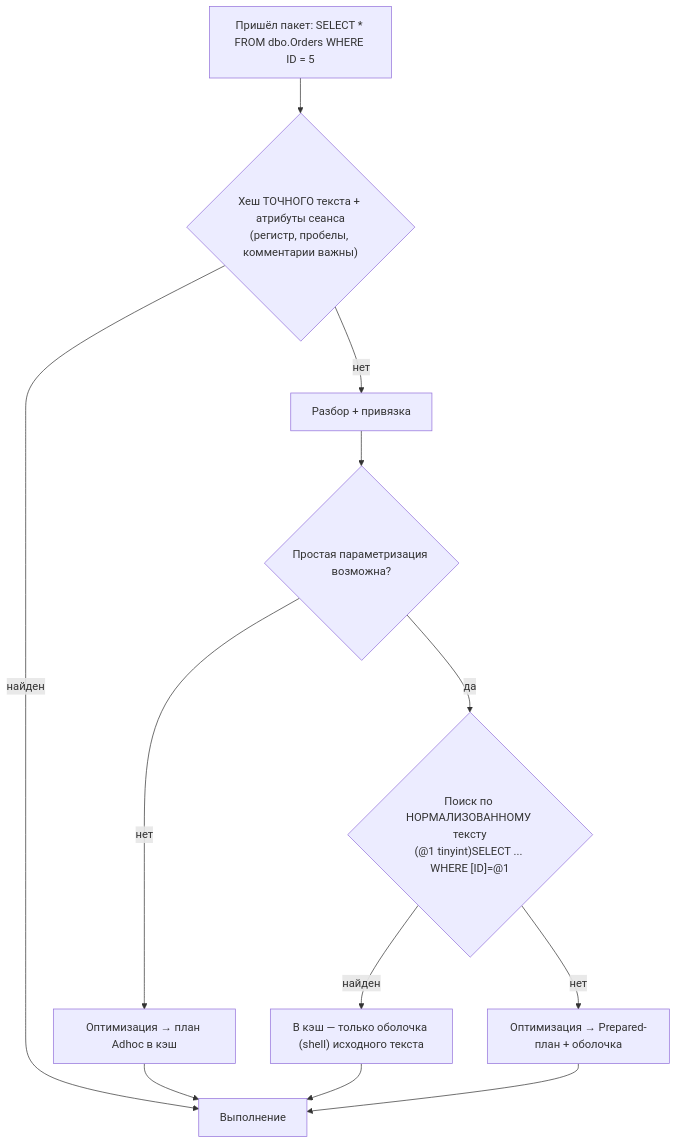
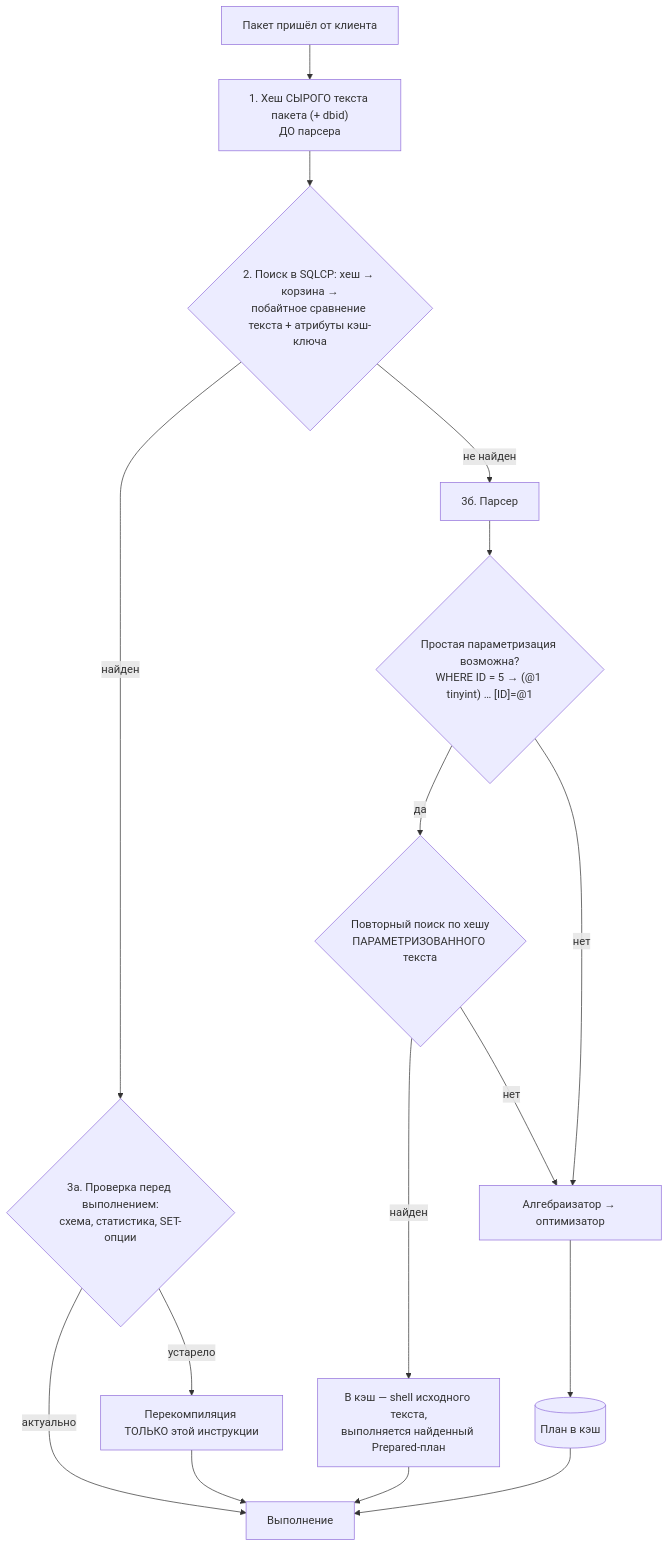
One commit to shultzMAN87/sql-optimization-handbook changed the third of 3 diagrams in docs/02-query-pipeline.md. Above: the diagram before and after it, drawn with Mermaid. The commit also changed other lines of this file and 2 other files, not shown here.

````diff
--- a/docs/02-query-pipeline.md
+++ b/docs/02-query-pipeline.md
@@ -171,11 +191,15 @@
 ```mermaid
 flowchart TD
-    A["Пришёл пакет: SELECT * FROM dbo.Orders WHERE ID = 5"] --> B{"Хеш ТОЧНОГО текста + атрибуты сеанса<br/>(регистр, пробелы, комментарии важны)"}
-    B -- найден --> X["Выполнение"]
-    B -- нет --> C["Разбор + привязка"]
-    C --> D{"Простая параметризация возможна?"}
-    D -- нет --> E["Оптимизация → план Adhoc в кэш"] --> X
-    D -- да --> F{"Поиск по НОРМАЛИЗОВАННОМУ тексту<br/>(@1 tinyint)SELECT ... WHERE [ID]=@1"}
-    F -- найден --> G["В кэш — только оболочка (shell) исходного текста"] --> X
-    F -- нет --> H["Оптимизация → Prepared-план + оболочка"] --> X
+    A["Пакет пришёл от клиента"] --> H["1. Хеш СЫРОГО текста пакета (+ dbid)<br/>ДО парсера"]
+    H --> L{"2. Поиск в SQLCP: хеш → корзина →<br/>побайтное сравнение текста + атрибуты кэш-ключа"}
+    L -- найден --> V{"3а. Проверка перед выполнением:<br/>схема, статистика, SET-опции"}
+    V -- актуально --> X["Выполнение"]
+    V -- устарело --> R["Перекомпиляция ТОЛЬКО этой инструкции"] --> X
+    L -- "не найден" --> P["3б. Парсер"]
+    P --> SP{"Простая параметризация возможна?<br/>WHERE ID = 5 → (@1 tinyint) … [ID]=@1"}
+    SP -- да --> L2{"Повторный поиск по хешу<br/>ПАРАМЕТРИЗОВАННОГО текста"}
+    L2 -- найден --> SH["В кэш — shell исходного текста,<br/>выполняется найденный Prepared-план"] --> X
+    L2 -- нет --> AL["Алгебраизатор → оптимизатор"]
+    SP -- нет --> AL
+    AL --> C[("План в кэш")] --> X
 ```
````
